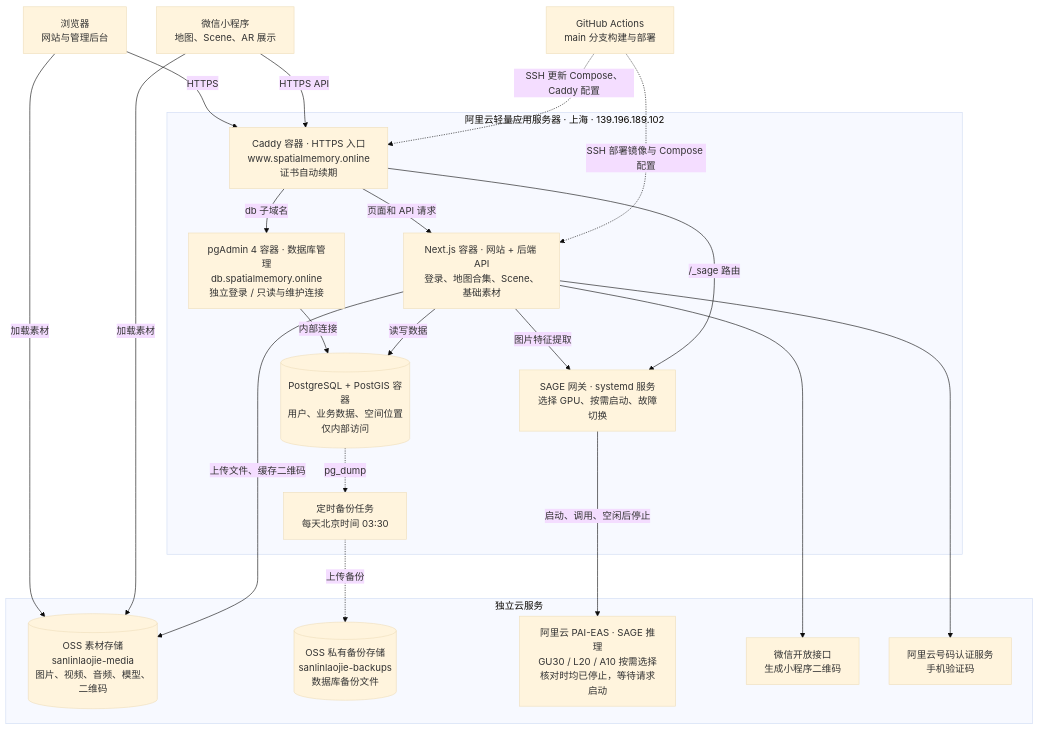
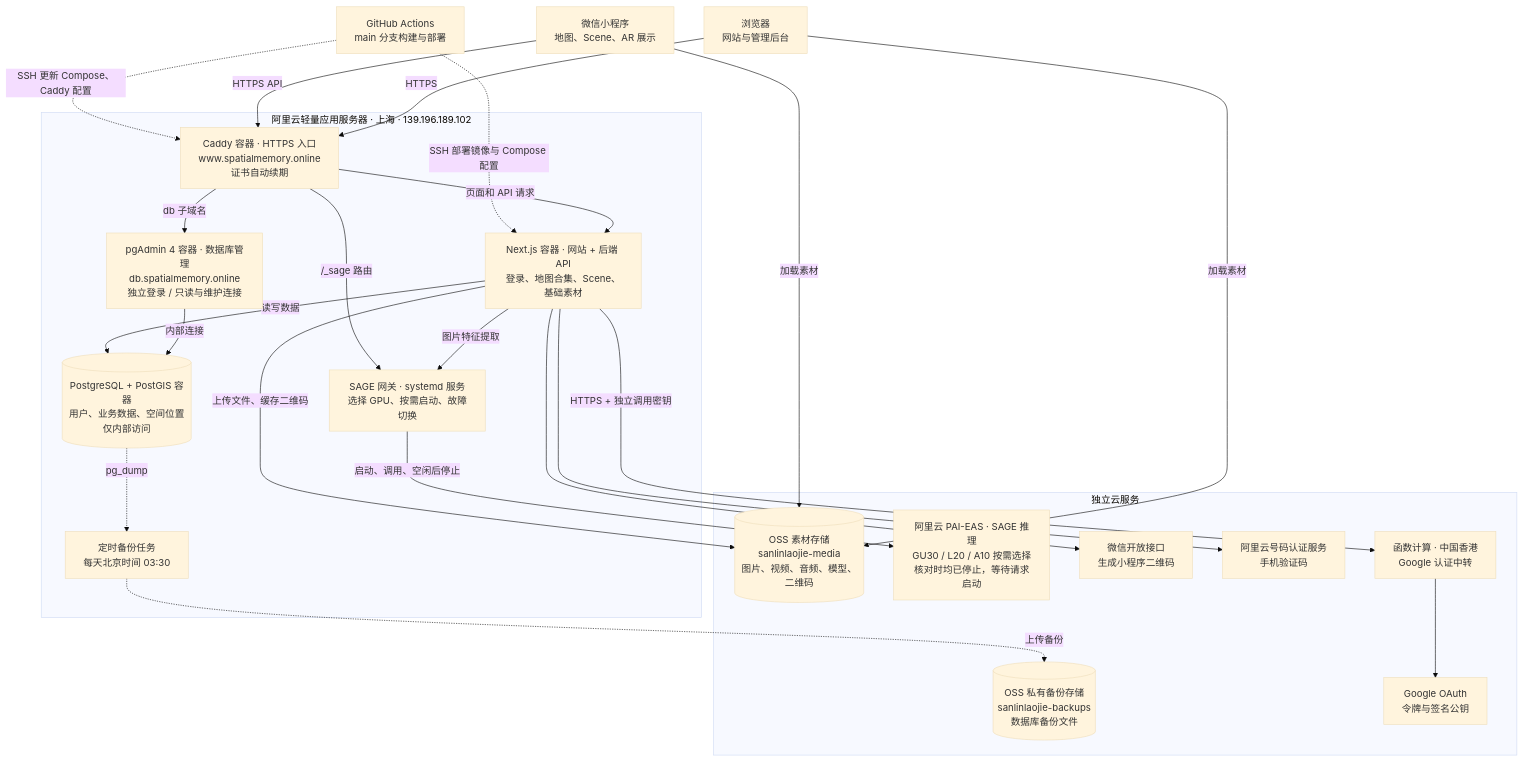
Before and after one commit to WangZhewei1027/sanlinlaojie: the diagram in docs/production-deployment.md, drawn with Mermaid (base theme). The commit also changed other lines of this file and 16 other files, not shown here.

Commit message:
feat: route Google OAuth through a private Hong Kong function

````diff
--- a/docs/production-deployment.md
+++ b/docs/production-deployment.md
@@ -11,43 +11,47 @@
 ```mermaid
 flowchart TB
     WEB["浏览器<br/>网站与管理后台"]
     MINI["微信小程序<br/>地图、Scene、AR 展示"]
     CI["GitHub Actions<br/>main 分支构建与部署"]
 
     subgraph SERVER["阿里云轻量应用服务器 · 上海 · 139.196.189.102"]
         CADDY["Caddy 容器 · HTTPS 入口<br/>www.spatialmemory.online<br/>证书自动续期"]
         APP["Next.js 容器 · 网站 + 后端 API<br/>登录、地图合集、Scene、基础素材"]
         PGADMIN["pgAdmin 4 容器 · 数据库管理<br/>db.spatialmemory.online<br/>独立登录 / 只读与维护连接"]
         DB[("PostgreSQL + PostGIS 容器<br/>用户、业务数据、空间位置<br/>仅内部访问")]
         SAGE["SAGE 网关 · systemd 服务<br/>选择 GPU、按需启动、故障切换"]
         BACKUP["定时备份任务<br/>每天北京时间 03:30"]
 
         CADDY -->|"页面和 API 请求"| APP
         CADDY -->|"db 子域名"| PGADMIN
         PGADMIN -->|"内部连接"| DB
         APP -->|"读写数据"| DB
         APP -->|"图片特征提取"| SAGE
         CADDY -->|"/_sage 路由"| SAGE
         DB -.->|"pg_dump"| BACKUP
     end
 
     subgraph CLOUD["独立云服务"]
         MEDIA[("OSS 素材存储<br/>sanlinlaojie-media<br/>图片、视频、音频、模型、二维码")]
         ARCHIVE[("OSS 私有备份存储<br/>sanlinlaojie-backups<br/>数据库备份文件")]
         GPU["阿里云 PAI-EAS · SAGE 推理<br/>GU30 / L20 / A10 按需选择<br/>核对时均已停止，等待请求启动"]
         WX["微信开放接口<br/>生成小程序二维码"]
         SMS["阿里云号码认证服务<br/>手机验证码"]
+        GOOGLE_RELAY["函数计算 · 中国香港<br/>Google 认证中转"]
+        GOOGLE["Google OAuth<br/>令牌与签名公钥"]
     end
 
     WEB -->|"HTTPS"| CADDY
     MINI -->|"HTTPS API"| CADDY
     WEB -->|"加载素材"| MEDIA
     MINI -->|"加载素材"| MEDIA
     APP -->|"上传文件、缓存二维码"| MEDIA
     APP --> WX
     APP --> SMS
+    APP -->|"HTTPS + 独立调用密钥"| GOOGLE_RELAY
+    GOOGLE_RELAY --> GOOGLE
     SAGE -->|"启动、调用、空闲后停止"| GPU
     BACKUP -.->|"上传备份"| ARCHIVE
     CI -.->|"SSH 更新 Compose、Caddy 配置"| CADDY
     CI -.->|"SSH 部署镜像与 Compose 配置"| APP
 ```
````
